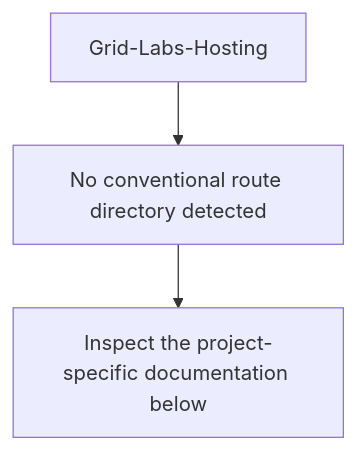
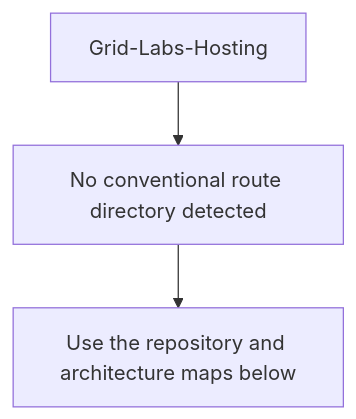
One commit to Nischhalsubba/Grid-Labs-Hosting changed the second of 5 diagrams in README.md. Above: the diagram before and after it, drawn with Mermaid. The commit also changed other lines of this file, not shown here.

````diff
--- a/README.md
+++ b/README.md
@@ -47,6 +75,6 @@
 ```mermaid
 flowchart TD
     APP["Grid-Labs-Hosting"]
     APP --> SOURCE["No conventional route directory detected"]
-    SOURCE --> VERIFY["Inspect the project-specific documentation below"]
+    SOURCE --> GUIDE["Use the repository and architecture maps below"]
 ```
````
